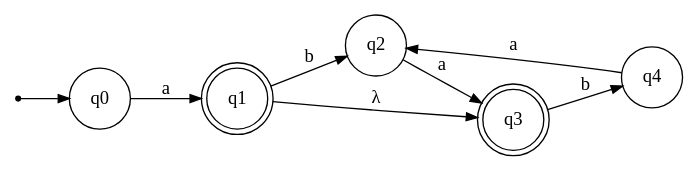
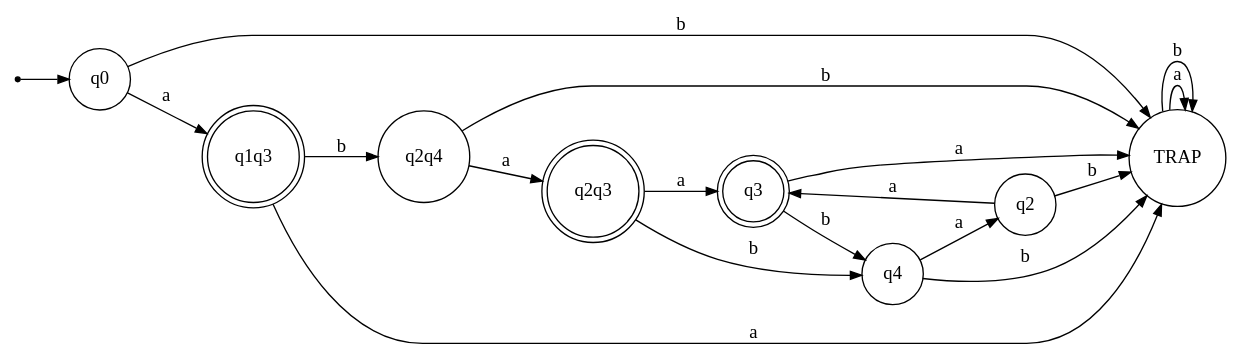
Before and after one commit to AliSheikhAttar/TheoryofLanguagesAndAutomata: the diagram in Project1/Digraph.gv, drawn with Graphviz. The commit also changed 3 other files, not shown here.

```diff
--- a/Project1/Digraph.gv
+++ b/Project1/Digraph.gv
@@ -1,17 +1,30 @@
 digraph {
 	ranksep=0.5 size="(8, 8)"
 	rankdir=LR
 	Initial [label="" fontsize=14.0 shape=point]
+	TRAP [fontsize=14.0 shape=circle]
 	q0 [fontsize=14.0 shape=circle]
-	q1 [fontsize=14.0 shape=doublecircle]
+	q1q3 [fontsize=14.0 shape=doublecircle]
 	q2 [fontsize=14.0 shape=circle]
+	q2q3 [fontsize=14.0 shape=doublecircle]
+	q2q4 [fontsize=14.0 shape=circle]
 	q3 [fontsize=14.0 shape=doublecircle]
 	q4 [fontsize=14.0 shape=circle]
 	Initial -> q0 [arrowsize=0.85]
-	q0 -> q1 [label=" a " arrowsize=0.85 fontsize=14.0]
-	q1 -> q3 [label=" λ " arrowsize=0.85 fontsize=14.0]
-	q1 -> q2 [label=" b " arrowsize=0.85 fontsize=14.0]
-	q2 -> q3 [label=" a " arrowsize=0.85 fontsize=14.0]
+	q0 -> q1q3 [label=" a " arrowsize=0.85 fontsize=14.0]
+	q0 -> TRAP [label=" b " arrowsize=0.85 fontsize=14.0]
+	q1q3 -> TRAP [label=" a " arrowsize=0.85 fontsize=14.0]
+	q1q3 -> q2q4 [label=" b " arrowsize=0.85 fontsize=14.0]
+	TRAP -> TRAP [label=" a " arrowsize=0.85 fontsize=14.0]
+	TRAP -> TRAP [label=" b " arrowsize=0.85 fontsize=14.0]
+	q2q4 -> q2q3 [label=" a " arrowsize=0.85 fontsize=14.0]
+	q2q4 -> TRAP [label=" b " arrowsize=0.85 fontsize=14.0]
+	q2q3 -> q3 [label=" a " arrowsize=0.85 fontsize=14.0]
+	q2q3 -> q4 [label=" b " arrowsize=0.85 fontsize=14.0]
+	q3 -> TRAP [label=" a " arrowsize=0.85 fontsize=14.0]
 	q3 -> q4 [label=" b " arrowsize=0.85 fontsize=14.0]
 	q4 -> q2 [label=" a " arrowsize=0.85 fontsize=14.0]
+	q4 -> TRAP [label=" b " arrowsize=0.85 fontsize=14.0]
+	q2 -> q3 [label=" a " arrowsize=0.85 fontsize=14.0]
+	q2 -> TRAP [label=" b " arrowsize=0.85 fontsize=14.0]
 }
```
